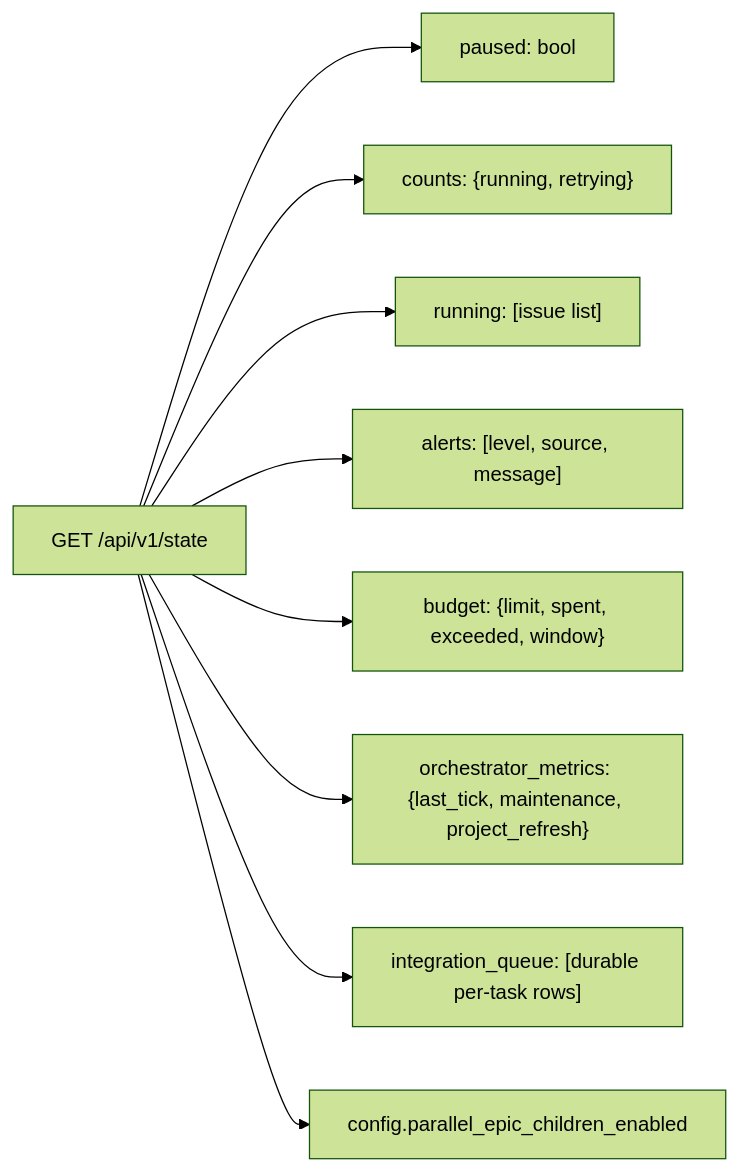
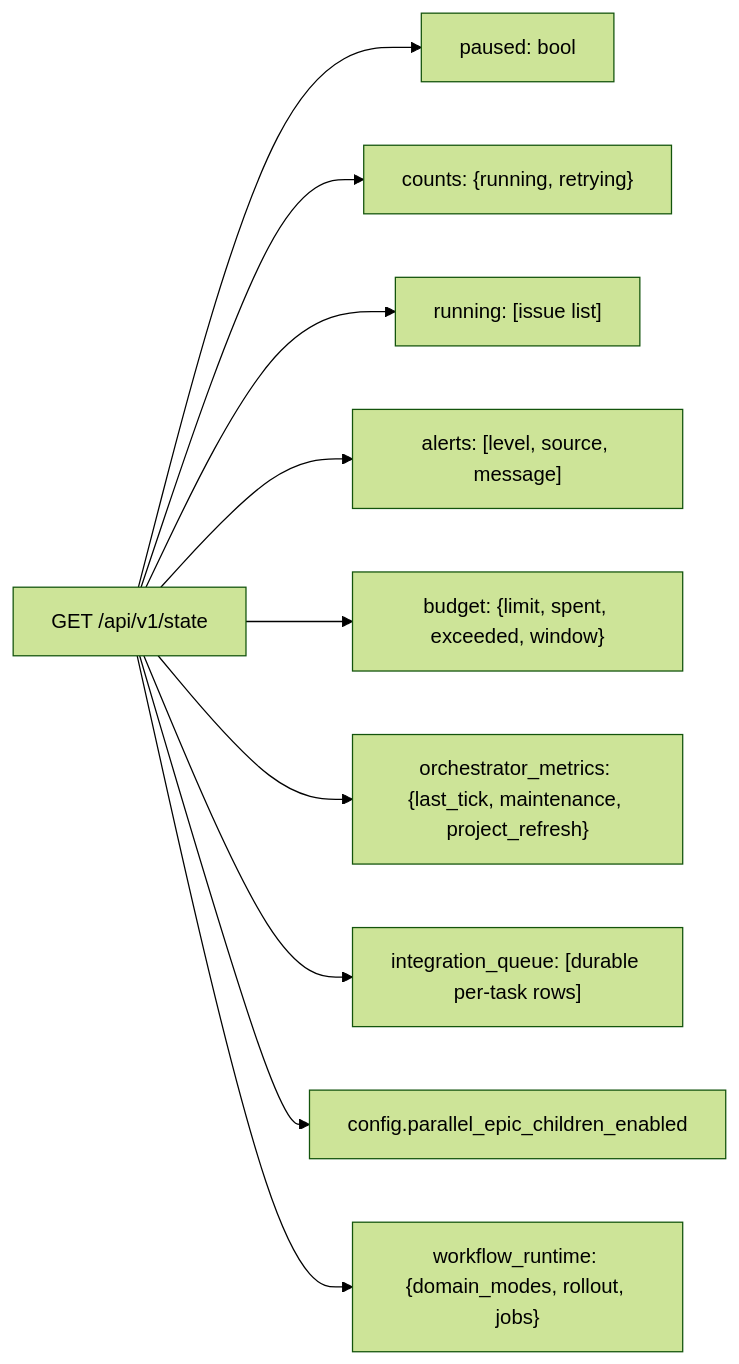
The diagram in docs/operator-runbook.md (lesserevil/oompah), drawn with Mermaid (forest theme) before and after one commit. The commit also changed other lines of this file and 16 other files, not shown here.

First line of the commit message:
Complete durable workflow rollout

````diff
--- a/docs/operator-runbook.md
+++ b/docs/operator-runbook.md
@@ -903,11 +908,12 @@
 ```mermaid
 flowchart LR
     S[GET /api/v1/state] --> P["paused: bool"]
     S --> C["counts: {running, retrying}"]
     S --> R["running: [issue list]"]
     S --> A["alerts: [level, source, message]"]
     S --> B["budget: {limit, spent, exceeded, window}"]
     S --> M["orchestrator_metrics: {last_tick, maintenance, project_refresh}"]
     S --> I["integration_queue: [durable per-task rows]"]
     S --> F["config.parallel_epic_children_enabled"]
+    S --> W["workflow_runtime: {domain_modes, rollout, jobs}"]
 ```
````
